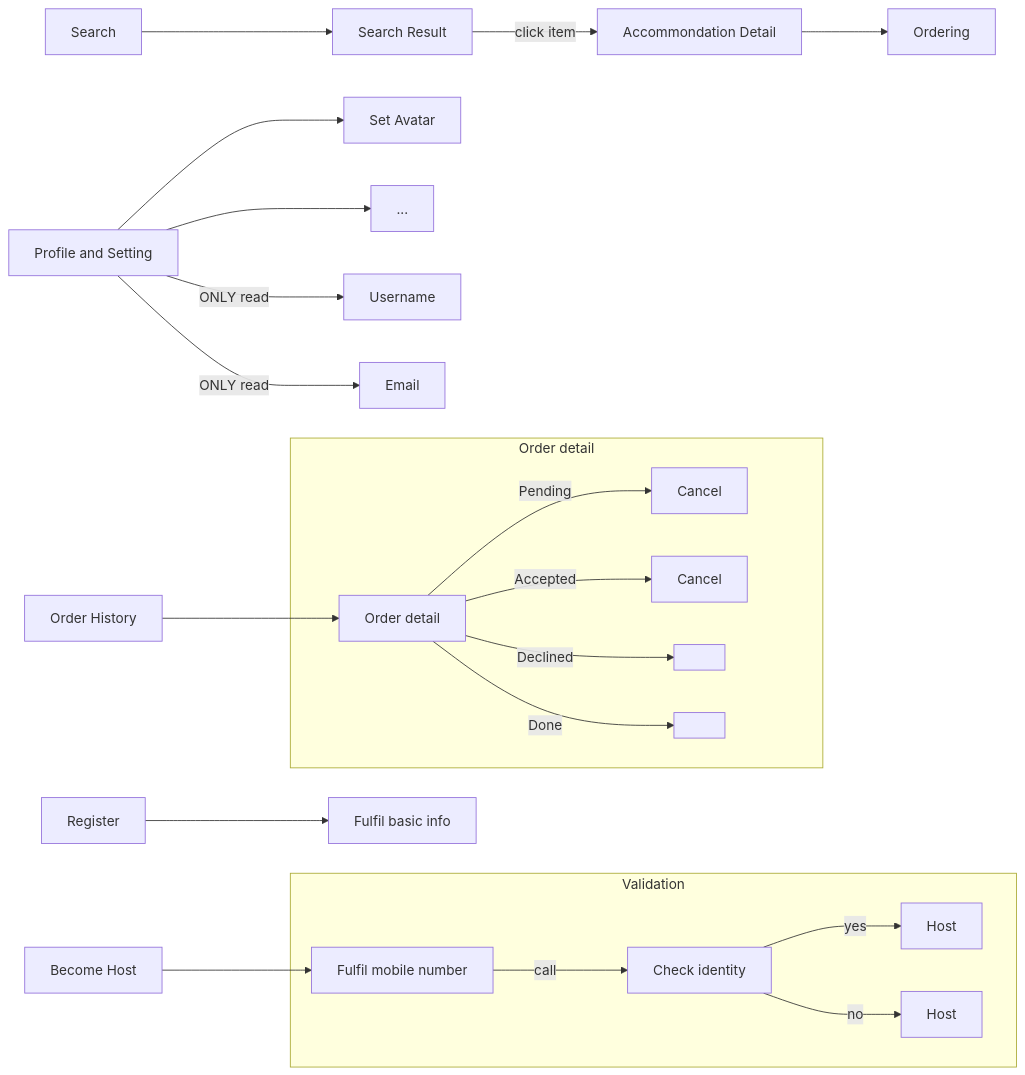
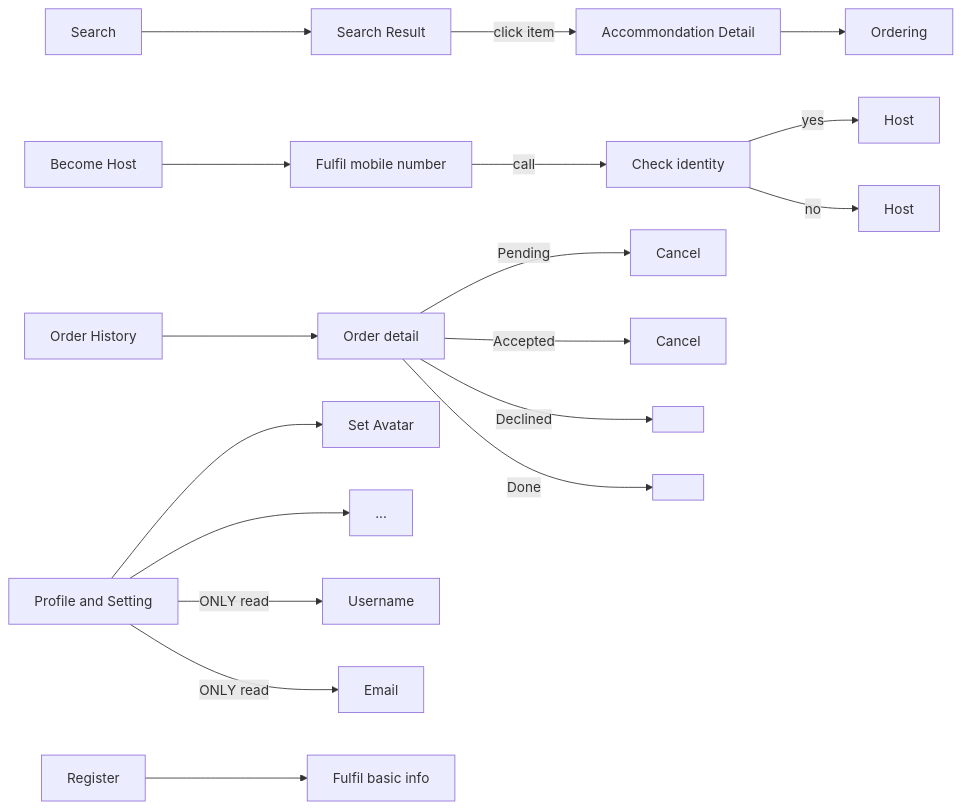
One commit to BruceHG/miniairbnb changed the first of 2 diagrams in README.md. Above: the diagram before and after it, drawn with Mermaid. The commit also changed other lines of this file and 1 other file, not shown here.

````diff
--- a/README.md
+++ b/README.md
@@ -79,28 +82,24 @@
 ```mermaid
 graph LR;
     00[Register]-->01[Fulfil basic info];
 
     10[Search]-->11[Search Result];
     11-->|click item|12[Accommondation Detail];
     12-->13[Ordering];
 
     20[Become Host]-->21[Fulfil mobile number];
-    subgraph Validation
     21-->|call|22[Check identity];
     22-->|yes|23[Host];
     22-->|no|24[Host];
-    end
 
     30[Order History]-->31[Order detail];
-    subgraph Order detail
     31-->|Pending|32[Cancel];
     31-->|Accepted|33[Cancel];
     31-->|Declined|34[ ];
     31-->|Done|35[ ];
-    end
 
     40[Profile and Setting]-->41[Set Avatar];
     40-->42[...];
     40-->|ONLY read|43[Username];
     40-->|ONLY read|44[Email];
 ```
````
